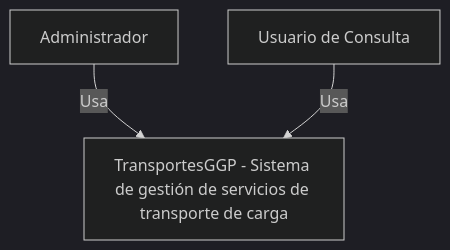
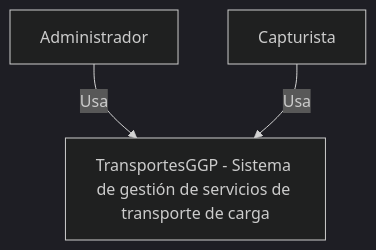
One commit to bylev/Proyecto-ArquitecturaSW changed the diagram in docs/Diagramas.md. Above: the diagram before and after it, drawn with Mermaid (dark theme).

Commit message:
docs: Añadir diagramas

````diff
--- a/docs/Diagramas.md
+++ b/docs/Diagramas.md
@@ -9,12 +9,12 @@
 ```mermaid
 graph TB
 
 Admin[Administrador]
-Consulta[Usuario de Consulta]
+Consulta[Capturista]
 TransportesGGP[TransportesGGP - Sistema de gestión de servicios de transporte de carga]
 
 Admin --> |Usa| TransportesGGP
 Consulta -->|Usa| TransportesGGP
  
 
 ```
````
